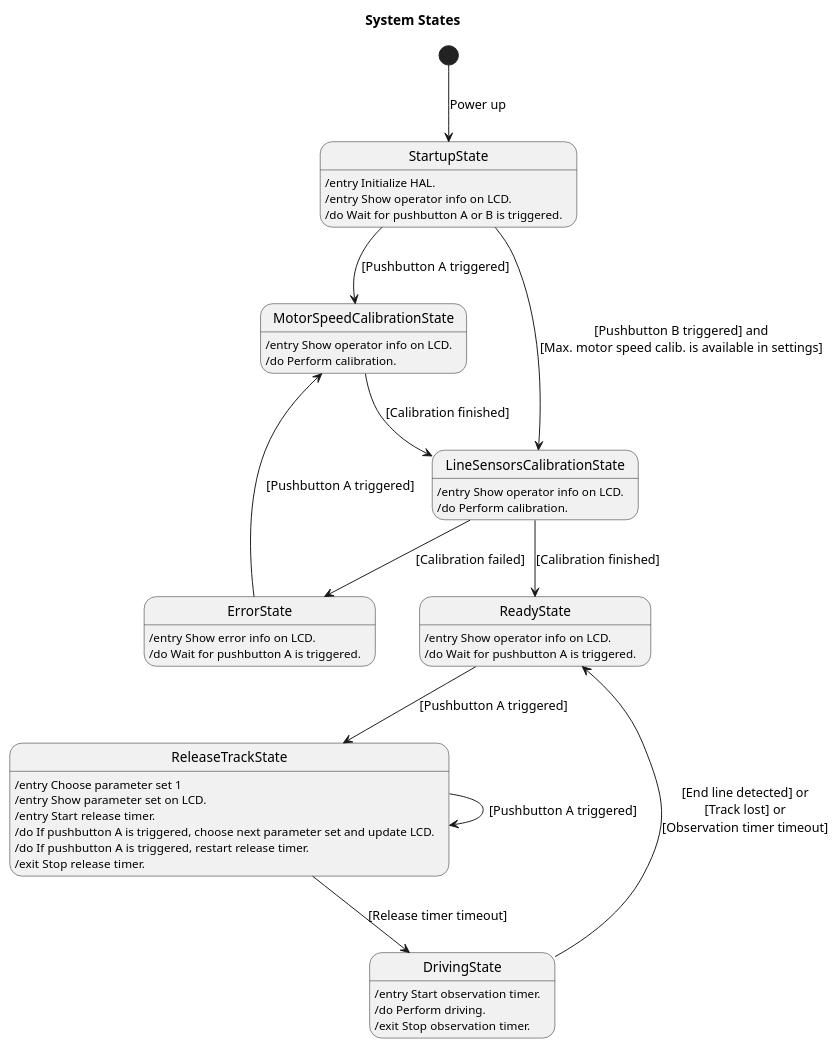
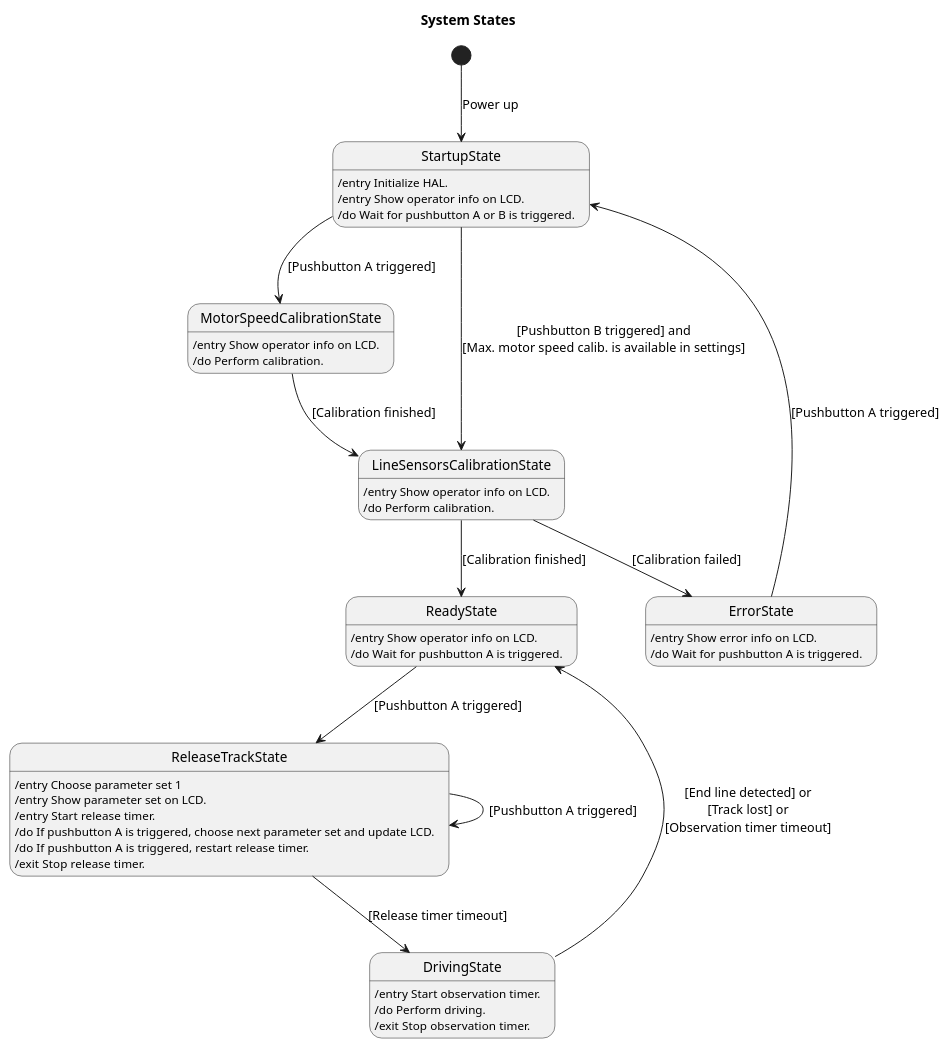
The diagram in doc/architecture/uml/ProcessView/LineFollower/SystemStates2.plantuml (BlueAndi/RadonUlzer), drawn with PlantUML before and after one commit. The commit also changed 5 other files, not shown here.

Commit message:
Continue after Error state in Startup state. This has the advantage to repeat calibration if required.

```diff
--- a/doc/architecture/uml/ProcessView/LineFollower/SystemStates2.plantuml
+++ b/doc/architecture/uml/ProcessView/LineFollower/SystemStates2.plantuml
@@ -1,44 +1,44 @@
 @startuml
 
 title System States
 
 state StartupState: /entry Initialize HAL.
 state StartupState: /entry Show operator info on LCD.
 state StartupState: /do Wait for pushbutton A or B is triggered.
 
 state MotorSpeedCalibrationState: /entry Show operator info on LCD.
 state MotorSpeedCalibrationState: /do Perform calibration.
 
 state LineSensorsCalibrationState: /entry Show operator info on LCD.
 state LineSensorsCalibrationState: /do Perform calibration.
 
 state ErrorState: /entry Show error info on LCD.
 state ErrorState: /do Wait for pushbutton A is triggered.
 
 state ReadyState: /entry Show operator info on LCD.
 state ReadyState: /do Wait for pushbutton A is triggered.
 
 state ReleaseTrackState: /entry Choose parameter set 1
 state ReleaseTrackState: /entry Show parameter set on LCD.
 state ReleaseTrackState: /entry Start release timer.
 state ReleaseTrackState: /do If pushbutton A is triggered, choose next parameter set and update LCD.
 state ReleaseTrackState: /do If pushbutton A is triggered, restart release timer.
 state ReleaseTrackState: /exit Stop release timer.
 
 state DrivingState: /entry Start observation timer.
 state DrivingState: /do Perform driving.
 state DrivingState: /exit Stop observation timer.
 
 [*] --> StartupState: Power up
 StartupState --> MotorSpeedCalibrationState: [Pushbutton A triggered]
 StartupState --> LineSensorsCalibrationState: [Pushbutton B triggered] and\n[Max. motor speed calib. is available in settings]
 MotorSpeedCalibrationState --> LineSensorsCalibrationState: [Calibration finished]
 LineSensorsCalibrationState --> ReadyState: [Calibration finished]
 LineSensorsCalibrationState --> ErrorState: [Calibration failed]
 ReadyState --> ReleaseTrackState: [Pushbutton A triggered]
 ReleaseTrackState --> DrivingState: [Release timer timeout]
 ReleaseTrackState --> ReleaseTrackState: [Pushbutton A triggered]
 DrivingState --> ReadyState: [End line detected] or\n[Track lost] or\n[Observation timer timeout]
-ErrorState --> MotorSpeedCalibrationState: [Pushbutton A triggered]
+ErrorState --> StartupState: [Pushbutton A triggered]
 
 @enduml
```
